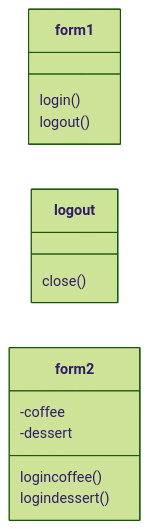
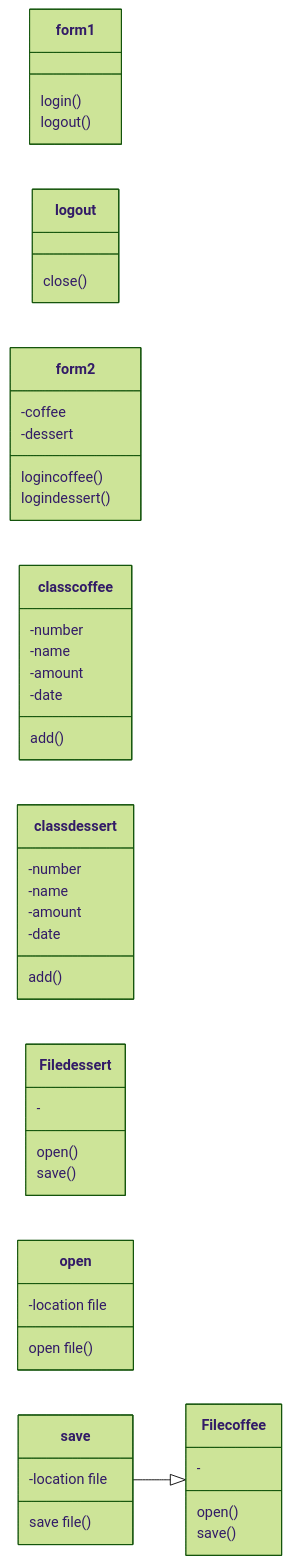
The diagram in README.md (Syxsaran/ReportSalesCoffee), drawn with Mermaid (forest theme) before and after one commit.

````diff
--- a/README.md
+++ b/README.md
@@ -11,17 +11,50 @@
 ```mermaid
 classDiagram
   direction LR
   class form1{
   login()
   logout()
   }
   class logout{
   close()
   }
   class form2{
   -coffee
   -dessert
   logincoffee()
   logindessert()
   }
+  class classcoffee{
+  -number
+  -name
+  -amount
+  -date
+  add()
+  }
+  class classdessert{
+  -number
+  -name
+  -amount
+  -date
+  add()
+  }
+  class Filecoffee{
+  -
+  open()
+  save()
+  }
+  class Filedessert{
+  -
+  open()
+  save()
+  }
+  class open{
+  -location file
+  open file()
+  }
+  class save{
+  -location file
+  save file()
+  }
+  save --|> Filecoffee
   ```
````
